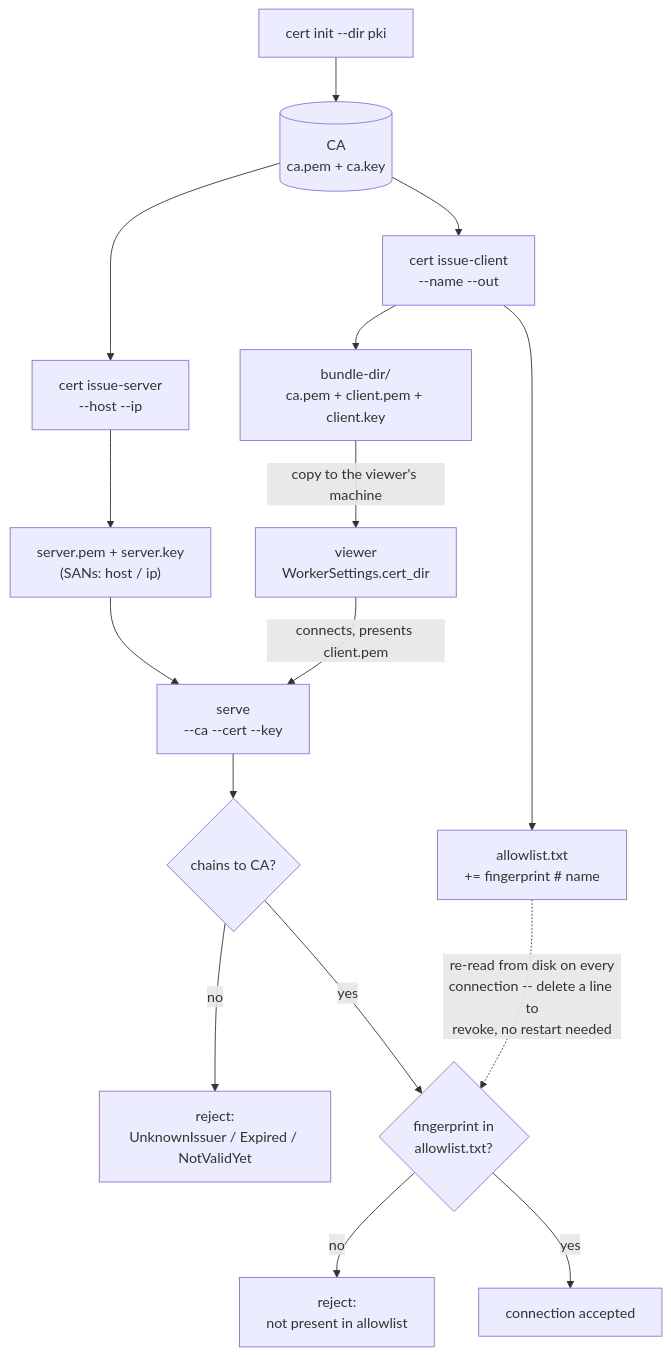
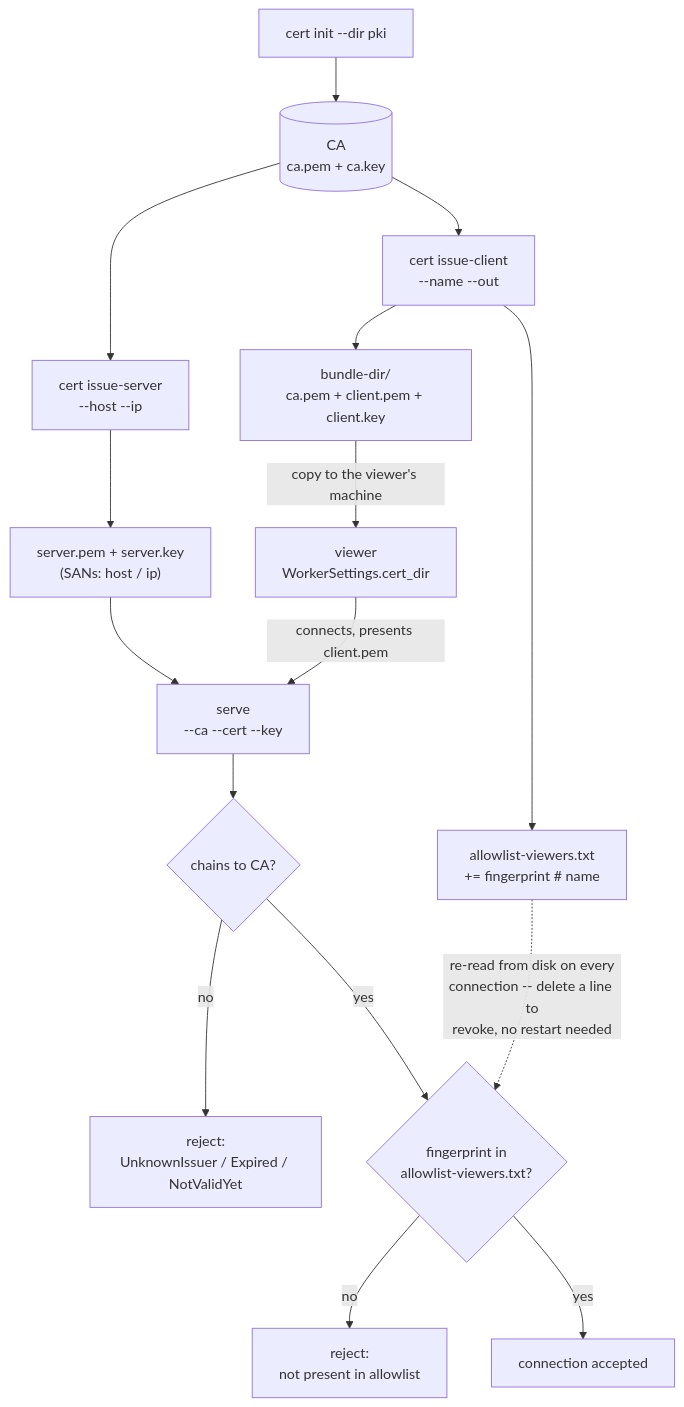
Before and after one commit to suitable-name/indicatrix: the diagram in apps/indicatrix-worker/README.md, drawn with Mermaid. The commit also changed other lines of this file and 903 other files, not shown here.

````diff
--- a/apps/indicatrix-worker/README.md
+++ b/apps/indicatrix-worker/README.md
@@ -212,22 +360,22 @@
 ```mermaid
 flowchart TB
     Init["cert init --dir pki"] --> CA[("CA<br/>ca.pem + ca.key")]
 
     CA --> IssueServer["cert issue-server<br/>--host --ip"]
     IssueServer --> ServerCert["server.pem + server.key<br/>(SANs: host / ip)"]
     ServerCert --> Serve["serve<br/>--ca --cert --key"]
 
     CA --> IssueClient["cert issue-client<br/>--name --out"]
     IssueClient --> Bundle["bundle-dir/<br/>ca.pem + client.pem + client.key"]
-    IssueClient --> Allowlist["allowlist.txt<br/>+= fingerprint  # name"]
+    IssueClient --> Allowlist["allowlist-viewers.txt<br/>+= fingerprint  # name"]
     Bundle -- "copy to the viewer's machine" --> Viewer["viewer<br/>WorkerSettings.cert_dir"]
 
     Viewer -- "connects, presents client.pem" --> Serve
     Serve --> ChainCheck{"chains to CA?"}
     ChainCheck -- no --> RejectChain["reject:<br/>UnknownIssuer / Expired / NotValidYet"]
-    ChainCheck -- yes --> FingerprintCheck{"fingerprint in<br/>allowlist.txt?"}
+    ChainCheck -- yes --> FingerprintCheck{"fingerprint in<br/>allowlist-viewers.txt?"}
     FingerprintCheck -- no --> RejectFingerprint["reject:<br/>not present in allowlist"]
     FingerprintCheck -- yes --> Accept["connection accepted"]
 
     Allowlist -. "re-read from disk on every<br/>connection -- delete a line to<br/>revoke, no restart needed" .-> FingerprintCheck
 ```
````
